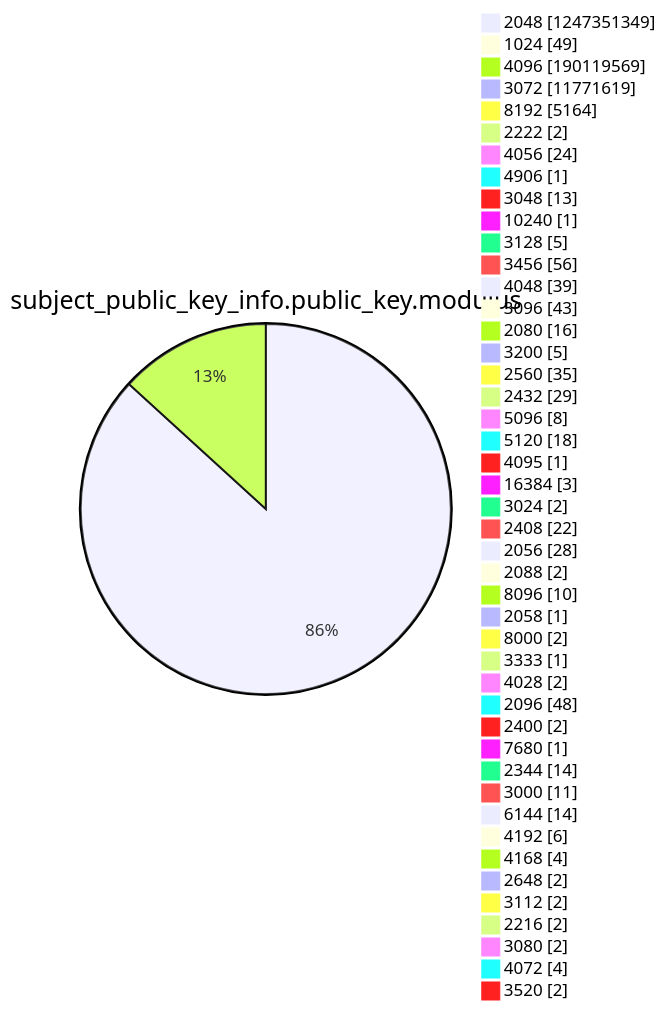
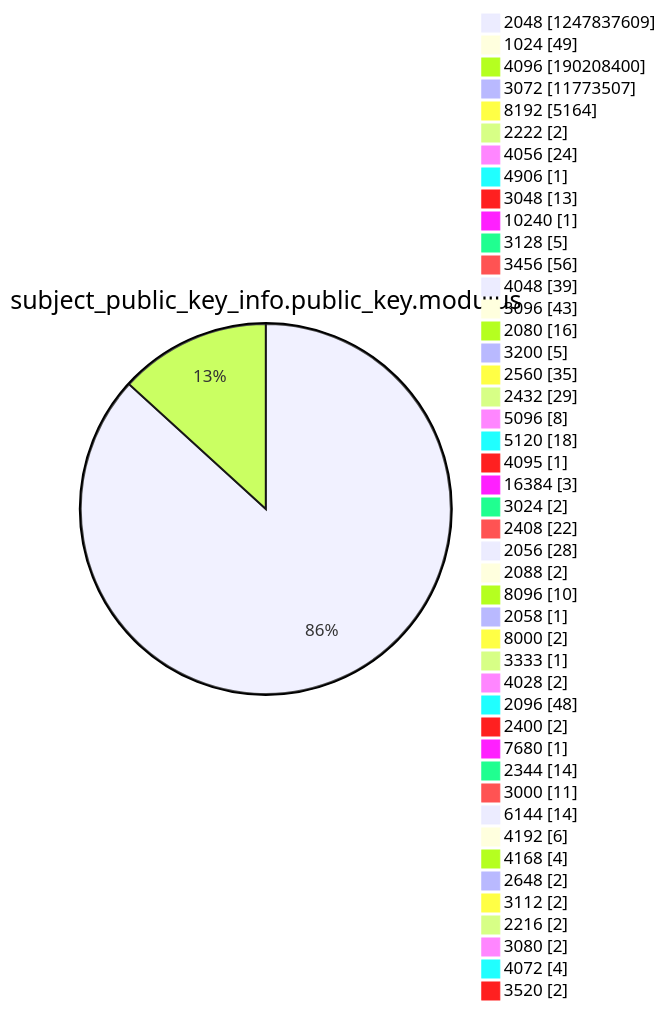
One commit to christiankrug/ctmonitor_visualization changed diagram 13 of 15 in xenon2022/README.md. Above: the diagram before and after it, drawn with Mermaid. The commit also changed other lines of this file, not shown here.

````diff
--- a/xenon2022/README.md
+++ b/xenon2022/README.md
@@ -3919,49 +3919,49 @@
 ```mermaid
 pie showData
 title subject_public_key_info.public_key.modulus
-"2048" :1247351349
+"2048" :1247837609
 "1024" :49
-"4096" :190119569
-"3072" :11771619
+"4096" :190208400
+"3072" :11773507
 "8192" :5164
 "2222" :2
 "4056" :24
 "4906" :1
 "3048" :13
 "10240" :1
 "3128" :5
 "3456" :56
 "4048" :39
 "3096" :43
 "2080" :16
 "3200" :5
 "2560" :35
 "2432" :29
 "5096" :8
 "5120" :18
 "4095" :1
 "16384" :3
 "3024" :2
 "2408" :22
 "2056" :28
 "2088" :2
 "8096" :10
 "2058" :1
 "8000" :2
 "3333" :1
 "4028" :2
 "2096" :48
 "2400" :2
 "7680" :1
 "2344" :14
 "3000" :11
 "6144" :14
 "4192" :6
 "4168" :4
 "2648" :2
 "3112" :2
 "2216" :2
 "3080" :2
 "4072" :4
 "3520" :2
 ```
````
